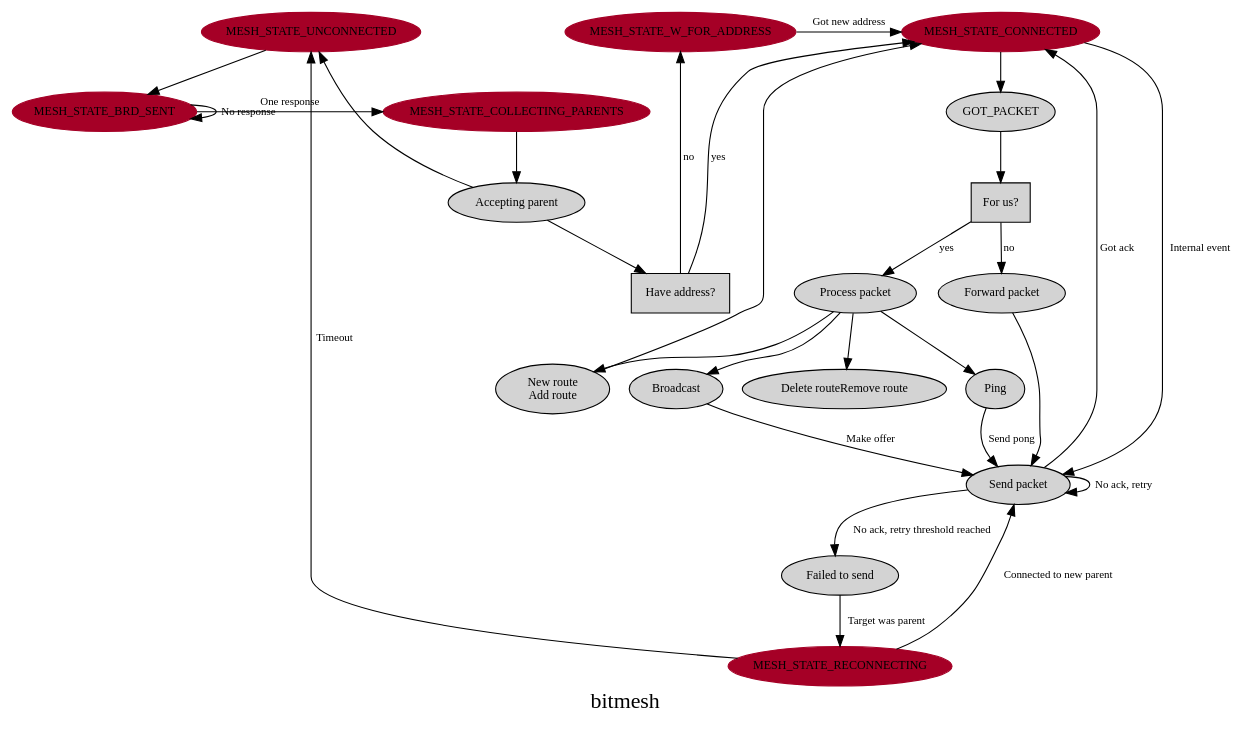
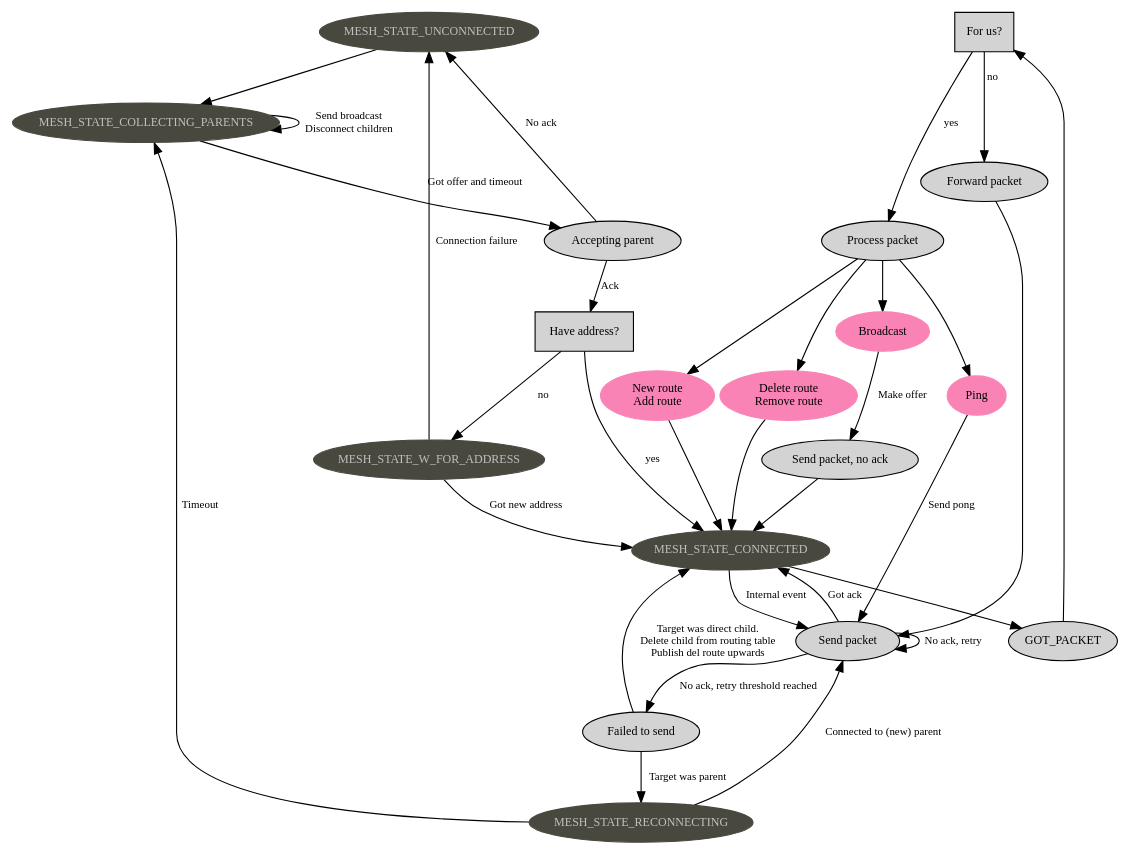
Before and after one commit to thebitflipper/bitmesh: the diagram in docs/states.dot, drawn with Graphviz.

Commit message:
Modified state graph

```diff
--- a/docs/states.dot
+++ b/docs/states.dot
@@ -1,127 +1,147 @@
 digraph graph_name {
         graph [
-    charset = "UTF-8";
-    label = "bitmesh",
+    charset = "UTF-8"
+    // label = "bitmesh",
     // labelloc = "t",
     // labeljust = "c",
     // bgcolor = "#343434",
     // fontcolor = white,
     fontsize = 20,
     fontname = "Migu 1M",
     // style = "filled",
     rankdir = TB,
     // margin = 1,
-    // splines = spline,
+    // splines = polyline,
     // ranksep = 1.0,
     // nodesep = 0.9
+    outputorder = edgesfirst,
+    overlap=prism,
+    pack=true,
   ];
 
   node [
     colorscheme = "rdylgn11"
     style = "solid,filled",
     fontsize = 11,
     // fontcolor = 6,
     fontname = "Migu 1M",
     // color = 7,
     // fillcolor = 11,
     // fixedsize = true,
     // height = 0.6,
     // width = 1.2
   ];
 
   edge [
     style = solid,
     fontsize = 10,
     // fontcolor = white,
     fontname = "Migu 1M",
     // color = white,
     // labelfloat = true,
     // labeldistance = 2.5,
-    // labelangle = 70
+    // labelangle = 70,
   ];
 
 
   // node define
-  MESH_STATE_UNCONNECTED [color=1];
-  MESH_STATE_BRD_SENT [color=1];
-  MESH_STATE_CONNECTED [color=1];
-  MESH_STATE_W_FOR_ADDRESS [color=1];
-  MESH_STATE_COLLECTING_PARENTS [color=1];
-  MESH_STATE_RECONNECTING [color=1];
+  MESH_STATE_UNCONNECTED [color="#49483E", fontcolor="#C0C0C0"];
+  // MESH_STATE_BRD_SENT [color="#49483E", fontcolor="#C0C0C0"];
+  MESH_STATE_CONNECTED [color="#49483E", fontcolor="#C0C0C0"];
+  MESH_STATE_W_FOR_ADDRESS [color="#49483E", fontcolor="#C0C0C0"];
+  MESH_STATE_COLLECTING_PARENTS [color="#49483E", fontcolor="#C0C0C0"];
+  MESH_STATE_RECONNECTING [color="#49483E", fontcolor="#C0C0C0"];
 
   ACCEPT_PARENT [label="Accepting parent"];
   HAVE_ADDRESS [label="Have address?", shape=box]
   FOR_US        [label="For us?", shape=box]
   FORWARD_PACKET [label="Forward packet"]
   PROCESS_PACKET [label="Process packet"]
   SEND_PACKET [label="Send packet"]
+  SEND_NO_ACK_PACKET [label="Send packet, no ack"]
   FAILED_TO_SEND [label="Failed to send"]
 
-  PACKET_NEW_ROUTE [label=" New route\nAdd route"]
-  PACKET_DEL_ROUTE [label=" Delete route\Remove route"]
-  PACKET_BROADCAST [label=" Broadcast"]
-  PACKET_PING      [label=" Ping"]
+  PACKET_NEW_ROUTE [label=" New route\nAdd route", color="#fa83b6"]
+  PACKET_DEL_ROUTE [label=" Delete route\nRemove route", color="#fa83b6"]
+  PACKET_BROADCAST [label=" Broadcast", color="#fa83b6"]
+  PACKET_PING      [label=" Ping", color="#fa83b6"]
   // subgraph {
   //         rank = same; MESH_STATE_UNCONNECTED; MESH_STATE_BRD_SENT; MESH_STATE_CONNECTED; MESH_STATE_W_FOR_ADDRESS; MESH_STATE_COLLECTING_PARENTS; MESH_STATE_RECONNECTING;
   // }
 
-  subgraph {
-          rank = same;
-          FORWARD_PACKET;
-          PROCESS_PACKET;
-  }
+  // subgraph {
+  //         rank = same;
+  //         FORWARD_PACKET;
+  //         PROCESS_PACKET;
+  // }
 
   subgraph {
           rank = same;
-          PACKET_BROADCAST;
-          PACKET_PING;
-          PACKET_NEW_ROUTE;
-          PACKET_DEL_ROUTE
-  }
-
-  subgraph {
-          rank = same;
-          MESH_STATE_W_FOR_ADDRESS;
-          MESH_STATE_CONNECTED;
-          MESH_STATE_UNCONNECTED;
+          // rankdir = LR;
+          MESH_STATE_UNCONNECTED
+          FOR_US;
+          // PACKET_BROADCAST;
+          // PACKET_PING;
+          // PACKET_NEW_ROUTE;
+          // PACKET_DEL_ROUTE
+          // MESH_STATE_COLLECTING_PARENTS;
 
   }
 
-  subgraph {
-          rank = same;
-          MESH_STATE_COLLECTING_PARENTS;
-          MESH_STATE_BRD_SENT;
+  // subgraph {
+  //         rank = same;
+  //         // MESH_STATE_W_FOR_ADDRESS;
+  //         MESH_STATE_CONNECTED;
+  //         MESH_STATE_UNCONNECTED;
+  //         // MESH_STATE_W_FOR_ADDRESS;
+  //         // MESH_STATE_RECONNECTING;
+  //         // MESH_STATE_COLLECTING_PARENTS
 
-  }
+  // }
+
+
+  // subgraph {
+  //         rank = same;
+  //         MESH_STATE_COLLECTING_PARENTS;
+  //         // MESH_STATE_BRD_SENT;
+
+  // }
   // edge define
-  MESH_STATE_UNCONNECTED -> MESH_STATE_BRD_SENT;
-  MESH_STATE_BRD_SENT -> MESH_STATE_BRD_SENT [label="No response"];
-  MESH_STATE_BRD_SENT -> MESH_STATE_COLLECTING_PARENTS [label="One response"];
-  MESH_STATE_COLLECTING_PARENTS -> ACCEPT_PARENT;
-  ACCEPT_PARENT -> MESH_STATE_UNCONNECTED;
-  ACCEPT_PARENT -> HAVE_ADDRESS;
+  MESH_STATE_UNCONNECTED -> MESH_STATE_COLLECTING_PARENTS;
+  // MESH_STATE_BRD_SENT -> MESH_STATE_BRD_SENT [label="No response"];
+  // MESH_STATE_BRD_SENT -> MESH_STATE_COLLECTING_PARENTS [label="One response"];
+  MESH_STATE_COLLECTING_PARENTS -> MESH_STATE_COLLECTING_PARENTS [label="Send broadcast\nDisconnect children"];
+  MESH_STATE_COLLECTING_PARENTS -> ACCEPT_PARENT [label="Got offer and timeout"];
+  ACCEPT_PARENT -> MESH_STATE_UNCONNECTED [label="No ack"];
+  ACCEPT_PARENT -> HAVE_ADDRESS [label="Ack"];
   HAVE_ADDRESS -> MESH_STATE_CONNECTED [label=" yes"];
   HAVE_ADDRESS -> MESH_STATE_W_FOR_ADDRESS [label=" no"];
   MESH_STATE_W_FOR_ADDRESS -> MESH_STATE_CONNECTED [label=" Got new address"]
+  MESH_STATE_W_FOR_ADDRESS -> MESH_STATE_UNCONNECTED [label=" Connection failure"]
   MESH_STATE_CONNECTED -> GOT_PACKET
   GOT_PACKET -> FOR_US
   FOR_US -> FORWARD_PACKET [label=" no"]
   FOR_US -> PROCESS_PACKET [label=" yes"]
   FORWARD_PACKET -> SEND_PACKET
   MESH_STATE_CONNECTED -> SEND_PACKET [label=" Internal event"]
   SEND_PACKET -> MESH_STATE_CONNECTED [label=" Got ack"]
   SEND_PACKET -> FAILED_TO_SEND [label=" No ack, retry threshold reached"]
   SEND_PACKET -> SEND_PACKET [label=" No ack, retry"]
   FAILED_TO_SEND -> MESH_STATE_RECONNECTING [label=" Target was parent"]
-  MESH_STATE_RECONNECTING -> MESH_STATE_UNCONNECTED [label=" Timeout "]
-  MESH_STATE_RECONNECTING -> SEND_PACKET [label=" Connected to new parent"]
+  MESH_STATE_RECONNECTING -> MESH_STATE_COLLECTING_PARENTS [label=" Timeout "]
+  MESH_STATE_RECONNECTING -> SEND_PACKET [label=" Connected to (new) parent"]
 
   PROCESS_PACKET -> PACKET_PING
   PROCESS_PACKET -> PACKET_BROADCAST
-  PACKET_BROADCAST -> SEND_PACKET [label=" Make offer"]
+  PACKET_BROADCAST -> SEND_NO_ACK_PACKET [label=" Make offer"]
   PACKET_PING -> SEND_PACKET [label=" Send pong"]
   PROCESS_PACKET -> PACKET_NEW_ROUTE
   PACKET_NEW_ROUTE -> MESH_STATE_CONNECTED
   PROCESS_PACKET -> PACKET_DEL_ROUTE
+  PACKET_DEL_ROUTE -> MESH_STATE_CONNECTED
+
+  SEND_NO_ACK_PACKET -> MESH_STATE_CONNECTED
+
+  FAILED_TO_SEND -> MESH_STATE_CONNECTED [label=" Target was direct child.\nDelete child from routing table\nPublish del route upwards"]
 
 }
```
